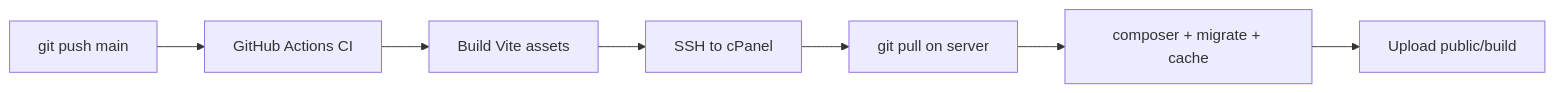
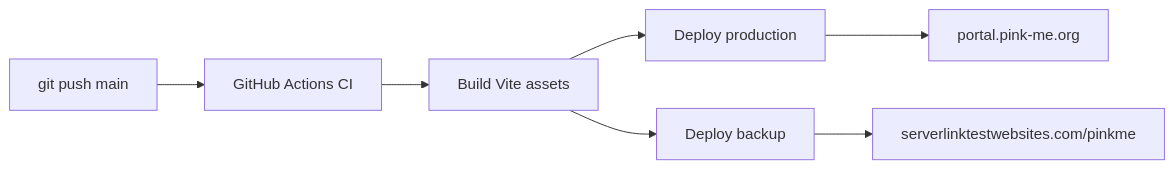
The diagram in CI_CD.md (SaadNaseer06/pinkme), drawn with Mermaid before and after one commit. The commit also changed other lines of this file and 22 other files, not shown here.

````diff
--- a/CI_CD.md
+++ b/CI_CD.md
@@ -5,9 +5,9 @@
 ```mermaid
 flowchart LR
   A[git push main] --> B[GitHub Actions CI]
   B --> C[Build Vite assets]
-  C --> D[SSH to cPanel]
-  D --> E[git pull on server]
-  E --> F[composer + migrate + cache]
-  F --> G[Upload public/build]
+  C --> D1[Deploy production]
+  C --> D2[Deploy backup]
+  D1 --> E1[portal.pink-me.org]
+  D2 --> E2[serverlinktestwebsites.com/pinkme]
 ```
````
